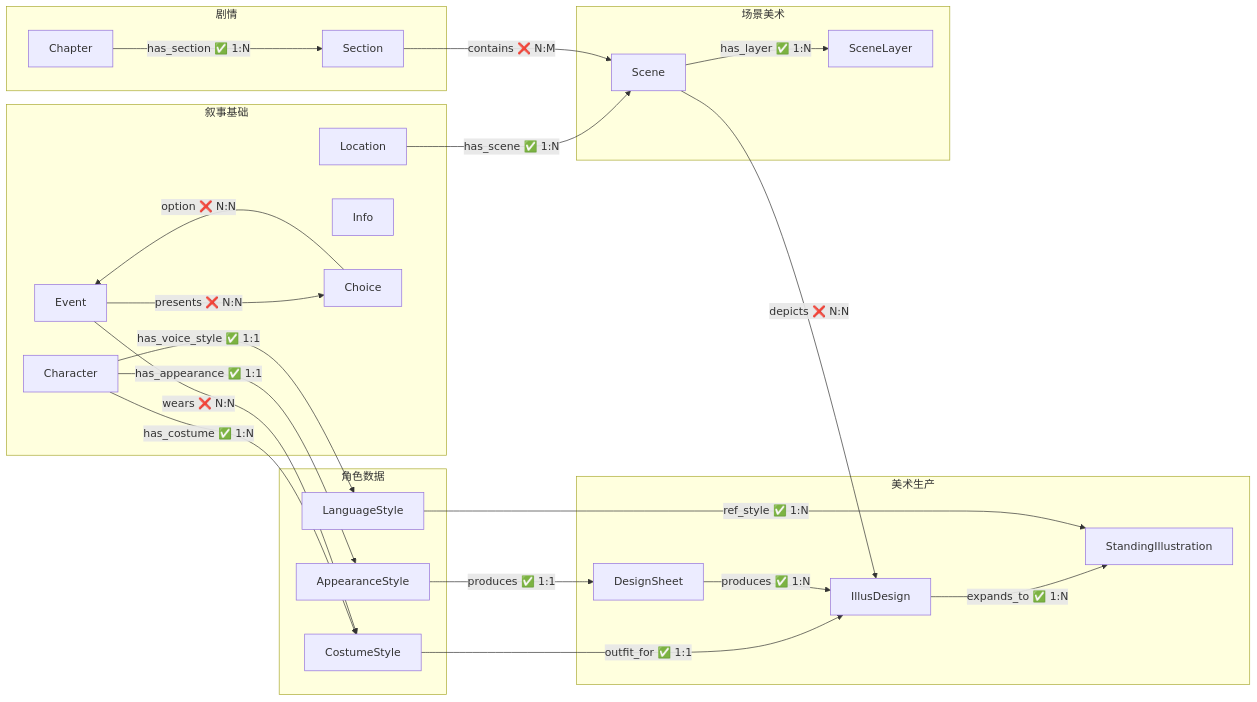
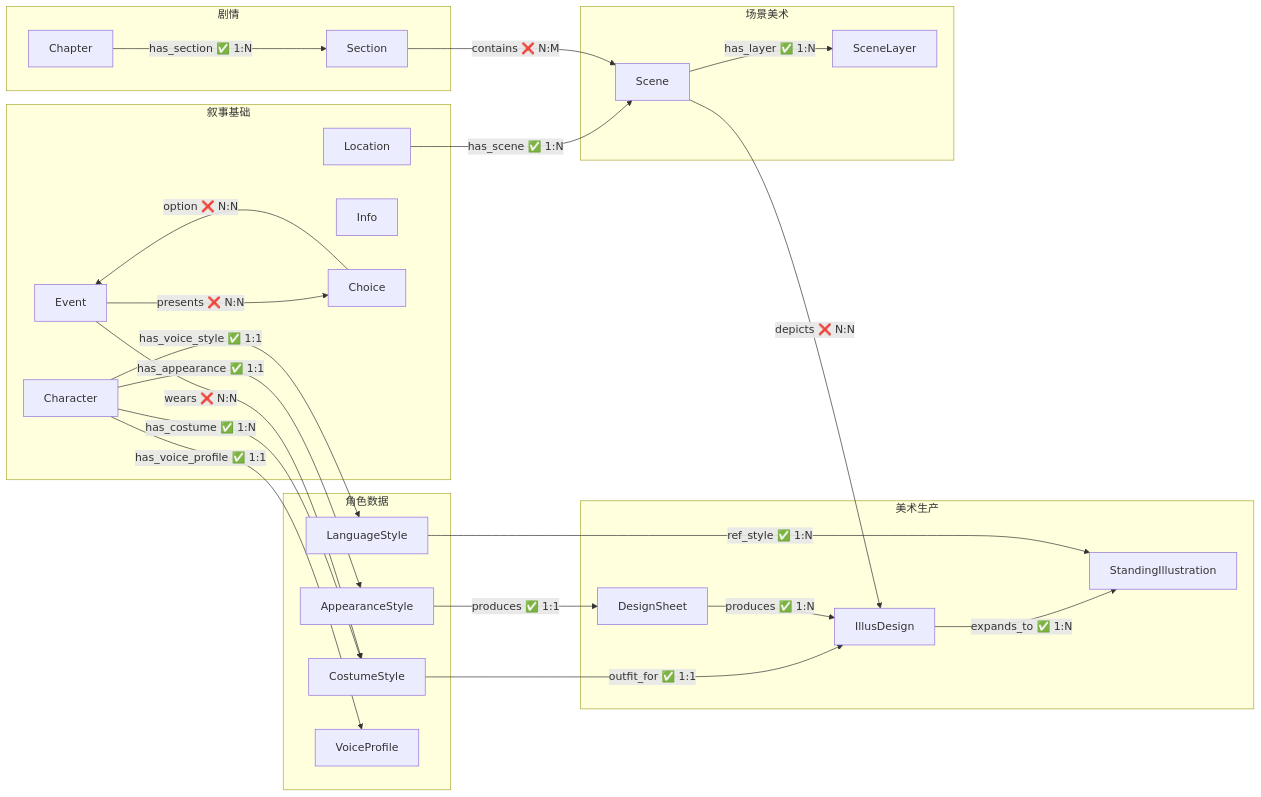
The diagram in 00_init/Schema总览.md (CrazyJinn/OtheredGlass), drawn with Mermaid before and after one commit. The commit also changed other lines of this file and 31 other files, not shown here.

````diff
--- a/00_init/Schema总览.md
+++ b/00_init/Schema总览.md
@@ -86,49 +89,51 @@
 ```mermaid
 flowchart LR
     subgraph 叙事["叙事基础"]
         Character["Character"]
         Event["Event"]
         Location["Location"]
         Info["Info"]
         Choice["Choice"]
     end
 
     subgraph 角色数据["角色数据"]
         Appearance["AppearanceStyle"]
         Costume["CostumeStyle"]
         Language["LanguageStyle"]
+        Voice["VoiceProfile"]
     end
 
     subgraph 美术生产["美术生产"]
         DesignSheet["DesignSheet"]
         IllusDesign["IllusDesign"]
         StandingIllus["StandingIllustration"]
     end
 
     subgraph 场景美术["场景美术"]
         Scene["Scene"]
         SceneLayer["SceneLayer"]
     end
 
     subgraph 剧情["剧情"]
         Chapter["Chapter"]
         Section["Section"]
     end
 
     Character -->|"has_appearance ✅ 1:1"| Appearance
     Character -->|"has_costume ✅ 1:N"| Costume
     Character -->|"has_voice_style ✅ 1:1"| Language
+    Character -->|"has_voice_profile ✅ 1:1"| Voice
     Appearance -->|"produces ✅ 1:1"| DesignSheet
     Costume -->|"outfit_for ✅ 1:1"| IllusDesign
     DesignSheet -->|"produces ✅ 1:N"| IllusDesign
     Event -->|"wears ❌ N:N"| Costume
     Event -->|"presents ❌ N:N"| Choice
     Choice -->|"option ❌ N:N"| Event
     IllusDesign -->|"expands_to ✅ 1:N"| StandingIllus
     Language -->|"ref_style ✅ 1:N"| StandingIllus
     Location -->|"has_scene ✅ 1:N"| Scene
     Scene -->|"has_layer ✅ 1:N"| SceneLayer
     Chapter -->|"has_section ✅ 1:N"| Section
     Section -->|"contains ❌ N:M"| Scene
     Scene -->|"depicts ❌ N:N"| IllusDesign
 ```
````
